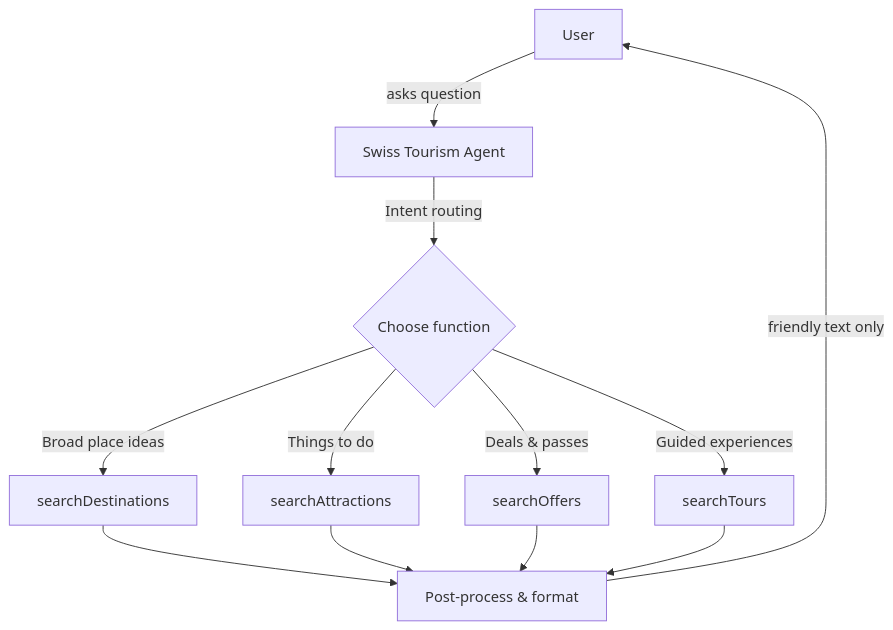
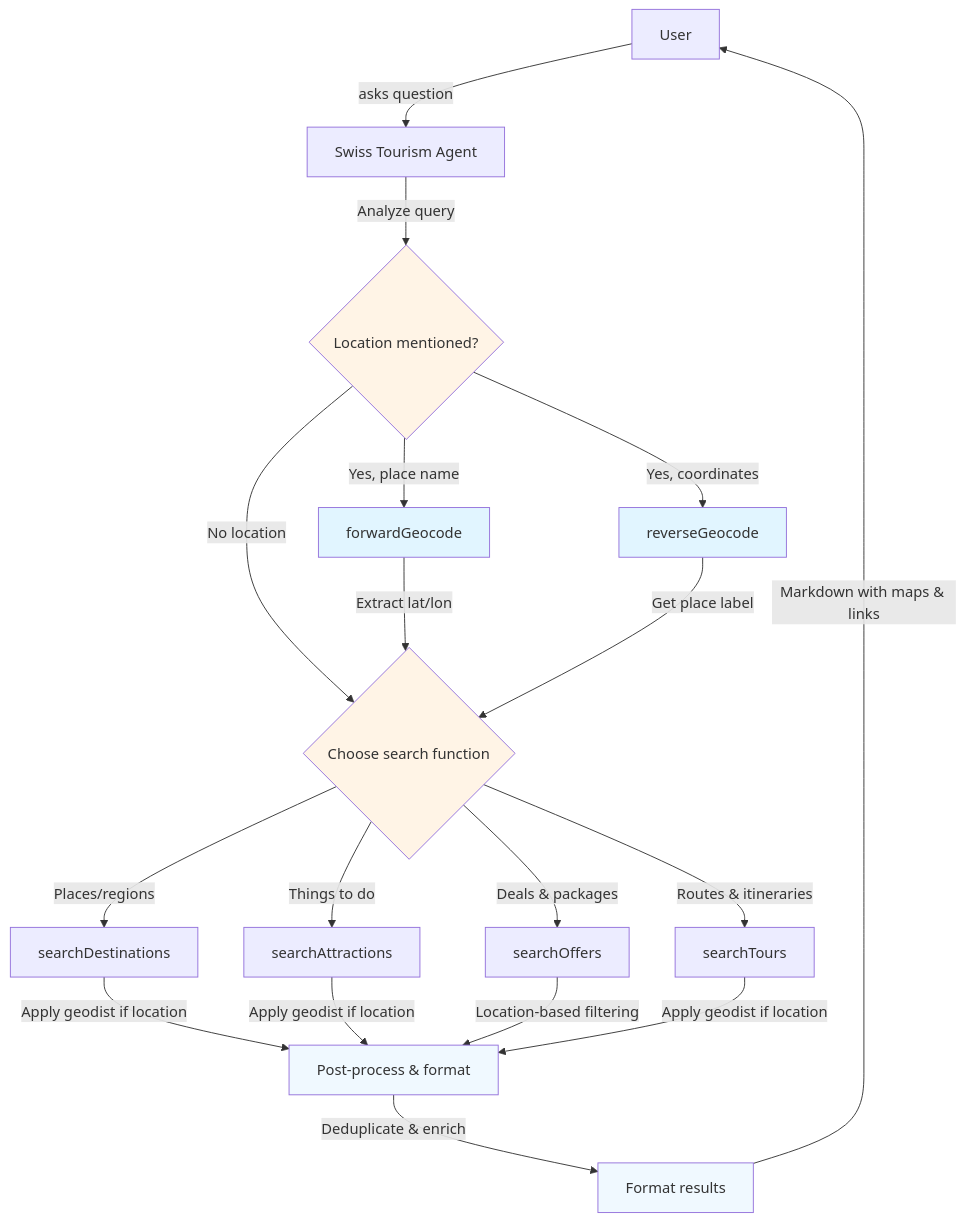
The diagram in cookbook/swiss-tourism-agent.mdx (INNOQ-doc/innoq-doc), drawn with Mermaid before and after one commit. The commit also changed other lines of this file and 24 other files, not shown here.

````diff
--- a/cookbook/swiss-tourism-agent.mdx
+++ b/cookbook/swiss-tourism-agent.mdx
@@ -28,17 +28,35 @@
 ```mermaid
 flowchart TD
   U[User] -->|asks question| A[Swiss Tourism Agent]
-  A -->|Intent routing| R{Choose function}
-  R -->|Broad place ideas| D[searchDestinations]
+  A -->|Analyze query| L{Location mentioned?}
+  
+  L -->|Yes, place name| FG[forwardGeocode]
+  L -->|Yes, coordinates| RG[reverseGeocode]
+  L -->|No location| R
+  
+  FG -->|Extract lat/lon| R{Choose search function}
+  RG -->|Get place label| R
+  
+  R -->|Places/regions| D[searchDestinations]
   R -->|Things to do| AT[searchAttractions]
-  R -->|Deals & passes| OF[searchOffers]
-  R -->|Guided experiences| T[searchTours]
-  D --> P[Post-process & format]
-  AT --> P
-  OF --> P
-  T --> P
-  P -->|friendly text only| U
+  R -->|Deals & packages| OF[searchOffers]
+  R -->|Routes & itineraries| T[searchTours]
+  
+  D -->|Apply geodist if location| P[Post-process & format]
+  AT -->|Apply geodist if location| P
+  OF -->|Location-based filtering| P
+  T -->|Apply geodist if location| P
+  
+  P -->|Deduplicate & enrich| F[Format results]
+  F -->|Markdown with maps & links| U
+  
+  style FG fill:#e1f5ff
+  style RG fill:#e1f5ff
+  style L fill:#fff4e6
+  style R fill:#fff4e6
+  style P fill:#f0f9ff
+  style F fill:#f0f9ff
 
 
 
 ```
````
